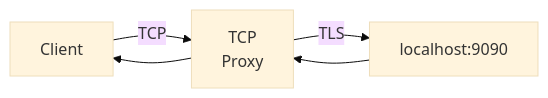
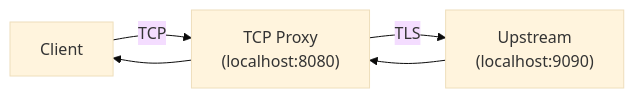
One commit to aileron-projects/go changed the second of 2 diagrams in docs/website/tcpproxy/_index.ja.md. Above: the diagram before and after it, drawn with Mermaid (base theme). The commit also changed other lines of this file and 5 other files, not shown here.

````diff
--- a/docs/website/tcpproxy/_index.ja.md
+++ b/docs/website/tcpproxy/_index.ja.md
@@ -90,8 +94,8 @@
 ```mermaid
 graph LR
   Client -- TCP --> P
   P --> Client
-  P["TCP</br>Proxy"]
-  P -- TLS --> U["localhost:9090"]
+  P["TCP Proxy</br>(localhost:8080)"]
+  P -- TLS --> U["Upstream</br>(localhost:9090)"]
   U --> P
 ```
````
